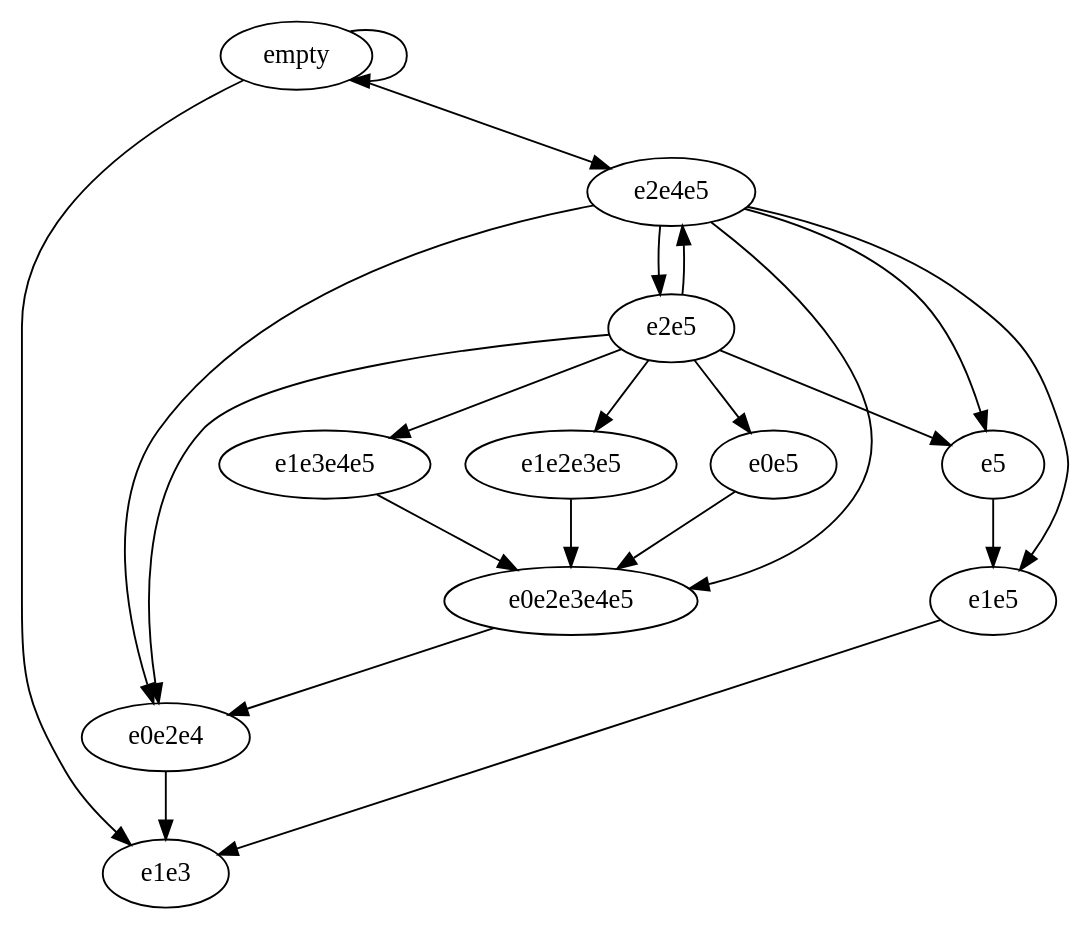
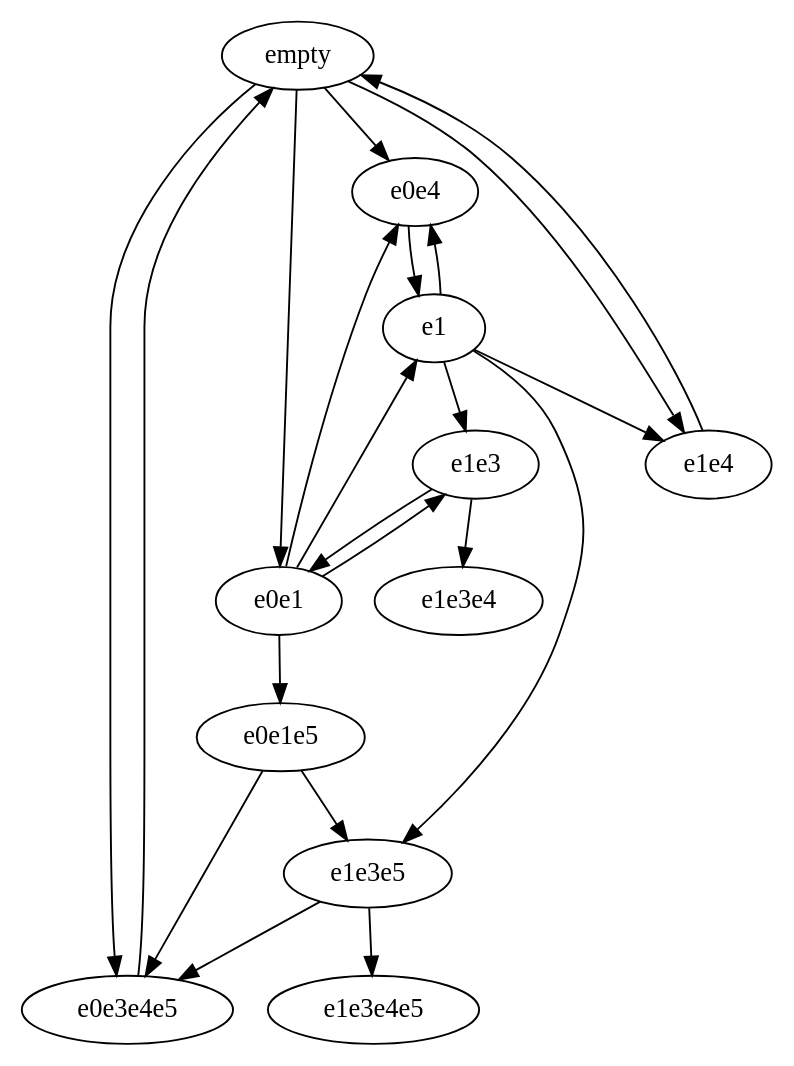
One commit to ryysd/PrototypePOR changed the diagram in tmp/ats.dot. Above: the diagram before and after it, drawn with Graphviz. The commit also changed 9 other files, not shown here.

```diff
--- a/tmp/ats.dot
+++ b/tmp/ats.dot
@@ -1,24 +1,25 @@
 strict digraph {
-  empty->empty;
-  empty->e1e3;
-  empty->e2e4e5;
-  empty->e1e3;
-  e2e4e5->e1e5;
-  e2e4e5->e0e2e3e4e5;
-  e2e4e5->e5;
-  e2e4e5->e0e2e4;
-  e2e4e5->e2e5;
-  e2e5->e0e5;
-  e2e5->e1e3e4e5;
-  e2e5->e1e2e3e5;
-  e2e5->e5;
-  e2e5->e2e4e5;
-  e2e5->e0e2e4;
-  e0e2e4->e1e3;
-  e5->e1e5;
-  e1e5->e1e3;
-  e1e2e3e5->e0e2e3e4e5;
-  e0e2e3e4e5->e0e2e4;
-  e1e3e4e5->e0e2e3e4e5;
-  e0e5->e0e2e3e4e5;
+  empty->e0e3e4e5;
+  empty->e0e4;
+  empty->e0e4;
+  empty->e0e1;
+  empty->e1e4;
+  e1e4->empty;
+  e0e1->e0e1e5;
+  e0e1->e1;
+  e0e1->e1e3;
+  e0e1->e0e4;
+  e0e4->e1;
+  e1->e1e3;
+  e1->e1e4;
+  e1->e1e3e5;
+  e1->e1e3;
+  e1->e0e4;
+  e1e3->e1e3e4;
+  e1e3->e0e1;
+  e1e3e5->e1e3e4e5;
+  e1e3e5->e0e3e4e5;
+  e0e3e4e5->empty;
+  e0e1e5->e1e3e5;
+  e0e1e5->e0e3e4e5;
 }
```
